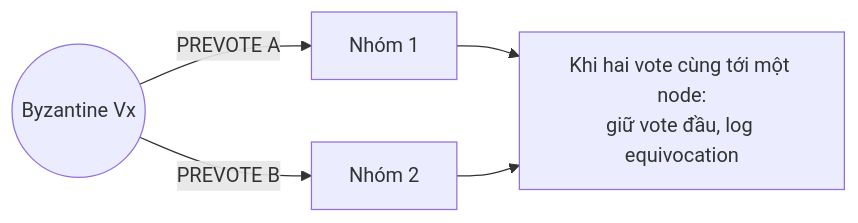
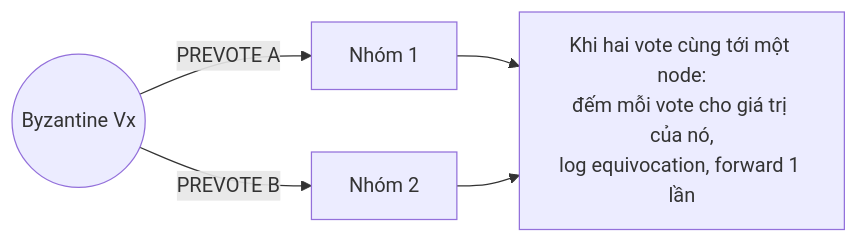
Before and after one commit to clgp-aint-cool/blockchain-lab01: diagram 31 of 43 in docs/CONCEPT_GUIDE.md, drawn with Mermaid. The commit also changed other lines of this file and 6 other files, not shown here.

First line of the commit message:
fix(consensus): forward an equivocator's counted vote once, cap conflicting values

````diff
--- a/docs/CONCEPT_GUIDE.md
+++ b/docs/CONCEPT_GUIDE.md
@@ -907,8 +914,8 @@
 ```mermaid
 flowchart LR
     BZ(("Byzantine Vx"))
     BZ -- "PREVOTE A" --> G1["Nhóm 1"]
     BZ -- "PREVOTE B" --> G2["Nhóm 2"]
-    G1 --> K["Khi hai vote cùng tới một node:<br/>giữ vote đầu, log equivocation"]
+    G1 --> K["Khi hai vote cùng tới một node:<br/>đếm mỗi vote cho giá trị của nó,<br/>log equivocation, forward 1 lần"]
     G2 --> K
 ```
````
